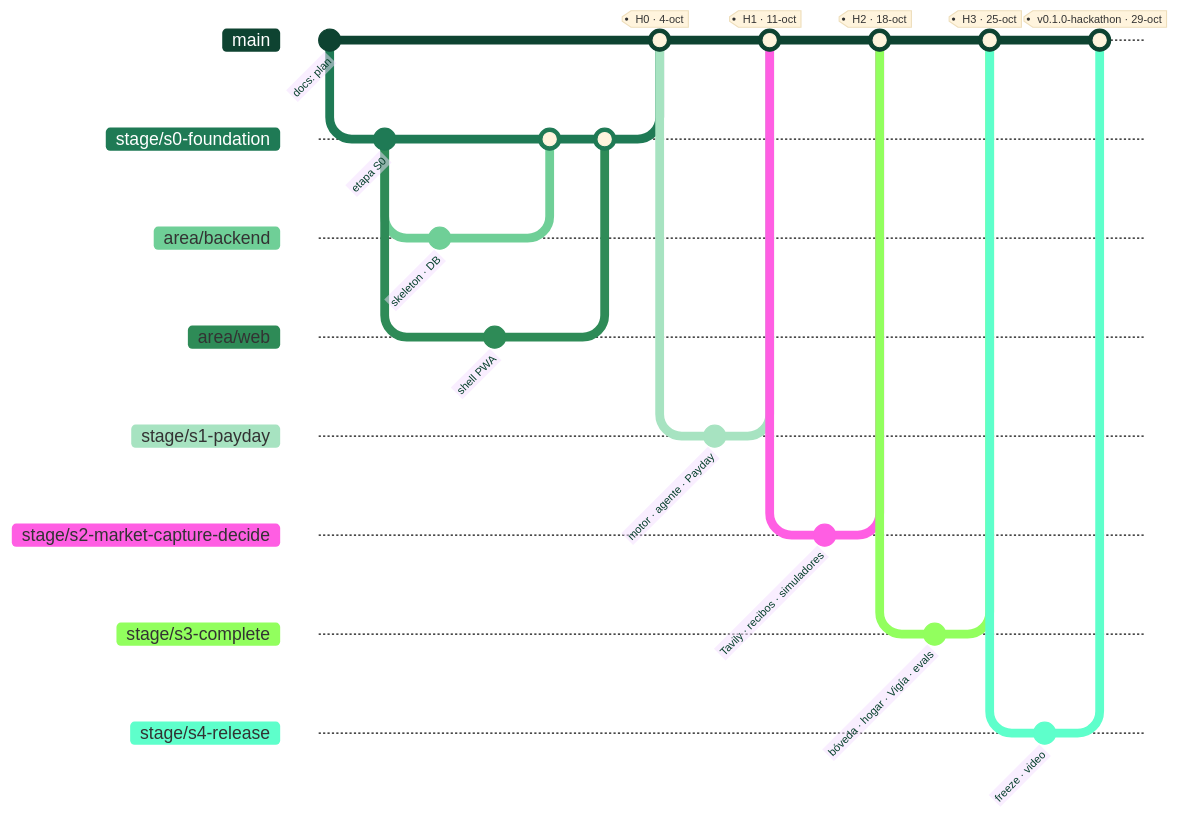
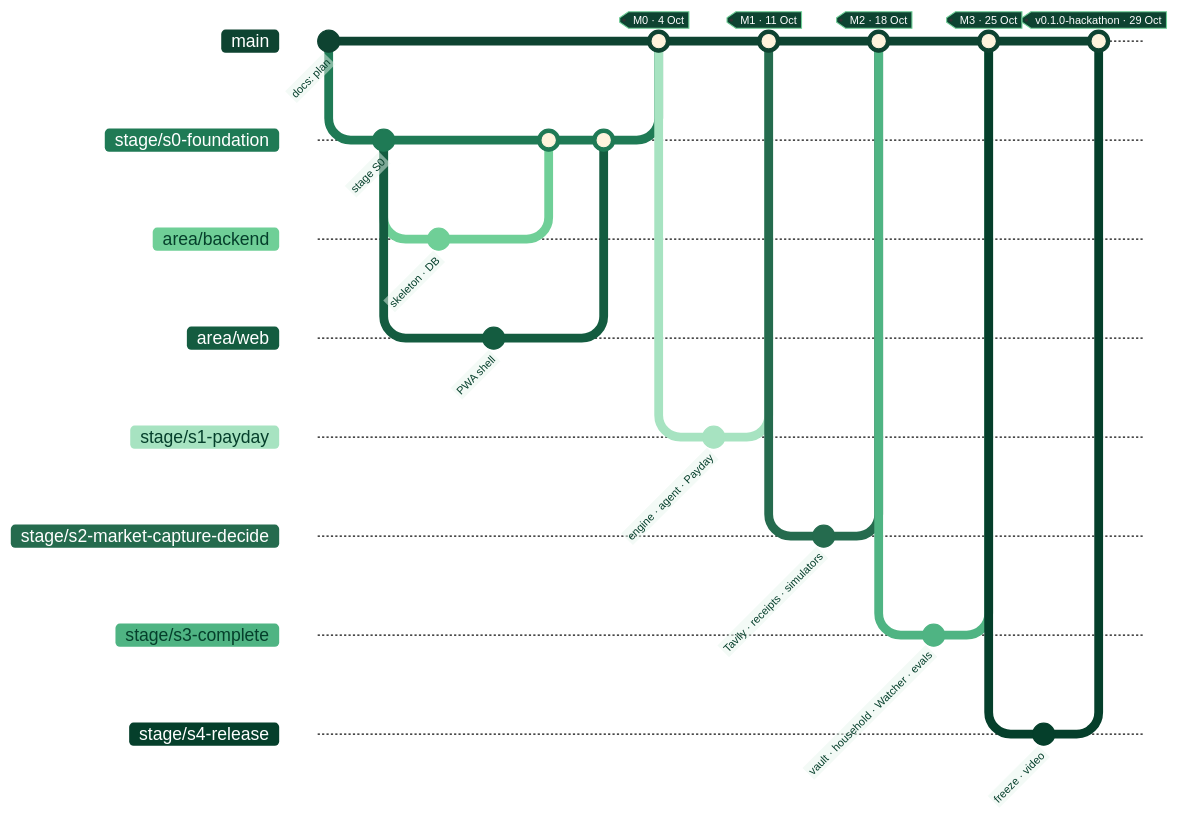
Before and after one commit to HCHAPS404/FINCH: the diagram in README-DEVELOPERS.md, drawn with Mermaid. The commit also changed other lines of this file and 177 other files, not shown here.

````diff
--- a/README-DEVELOPERS.md
+++ b/README-DEVELOPERS.md
@@ -183,33 +184,33 @@
 ```mermaid
-%%{init: {'theme':'base','themeVariables':{'git0':'#0E4331','git1':'#1F7A55','git2':'#6FCF97','git3':'#2E8B57','git4':'#A7E3C1','gitBranchLabel0':'#FFFFFF','gitBranchLabel1':'#FFFFFF','commitLabelColor':'#053F2B'}}}%%
+%%{init: {'theme':'base','themeVariables':{'git0':'#0E4331','git1':'#1F7A55','git2':'#6FCF97','git3':'#145C40','git4':'#A7E3C1','git5':'#256B4E','git6':'#4FB483','git7':'#053F2B','gitBranchLabel0':'#FFFFFF','gitBranchLabel1':'#FFFFFF','gitBranchLabel2':'#053F2B','gitBranchLabel3':'#FFFFFF','gitBranchLabel4':'#053F2B','gitBranchLabel5':'#FFFFFF','gitBranchLabel6':'#053F2B','gitBranchLabel7':'#FFFFFF','commitLabelColor':'#053F2B','commitLabelBackground':'#E8F5EE','tagLabelColor':'#FFFFFF','tagLabelBackground':'#0E4331','tagLabelBorder':'#6FCF97'}}}%%
 gitGraph
   commit id: "docs: plan"
   branch stage/s0-foundation
-  commit id: "etapa S0"
+  commit id: "stage S0"
   branch area/backend
   commit id: "skeleton · DB"
   checkout stage/s0-foundation
   branch area/web
-  commit id: "shell PWA"
+  commit id: "PWA shell"
   checkout stage/s0-foundation
   merge area/backend
   merge area/web
   checkout main
-  merge stage/s0-foundation tag: "H0 · 4-oct"
+  merge stage/s0-foundation tag: "M0 · 4 Oct"
   branch stage/s1-payday
-  commit id: "motor · agente · Payday"
+  commit id: "engine · agent · Payday"
   checkout main
-  merge stage/s1-payday tag: "H1 · 11-oct"
+  merge stage/s1-payday tag: "M1 · 11 Oct"
   branch stage/s2-market-capture-decide
-  commit id: "Tavily · recibos · simuladores"
+  commit id: "Tavily · receipts · simulators"
   checkout main
-  merge stage/s2-market-capture-decide tag: "H2 · 18-oct"
+  merge stage/s2-market-capture-decide tag: "M2 · 18 Oct"
   branch stage/s3-complete
-  commit id: "bóveda · hogar · Vigía · evals"
+  commit id: "vault · household · Watcher · evals"
   checkout main
-  merge stage/s3-complete tag: "H3 · 25-oct"
+  merge stage/s3-complete tag: "M3 · 25 Oct"
   branch stage/s4-release
   commit id: "freeze · video"
   checkout main
-  merge stage/s4-release tag: "v0.1.0-hackathon · 29-oct"
+  merge stage/s4-release tag: "v0.1.0-hackathon · 29 Oct"
 ```
````
